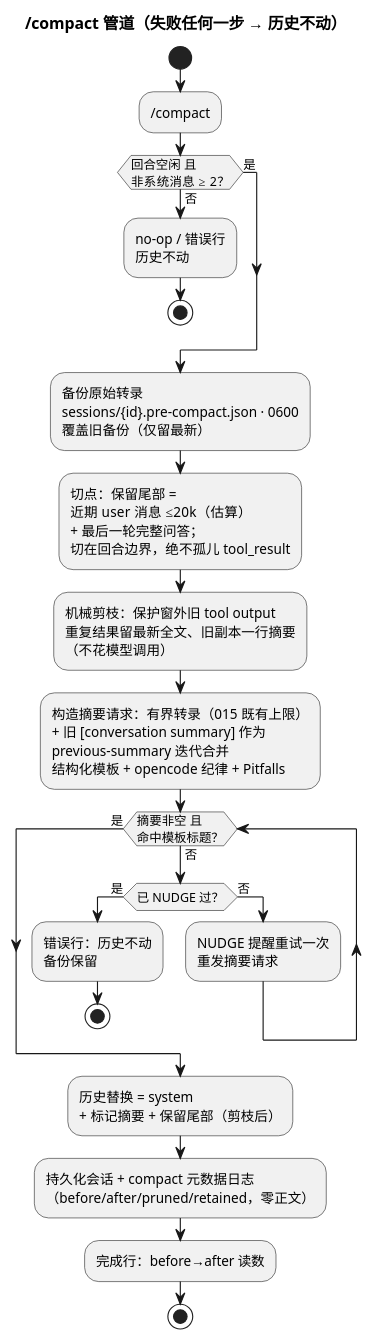
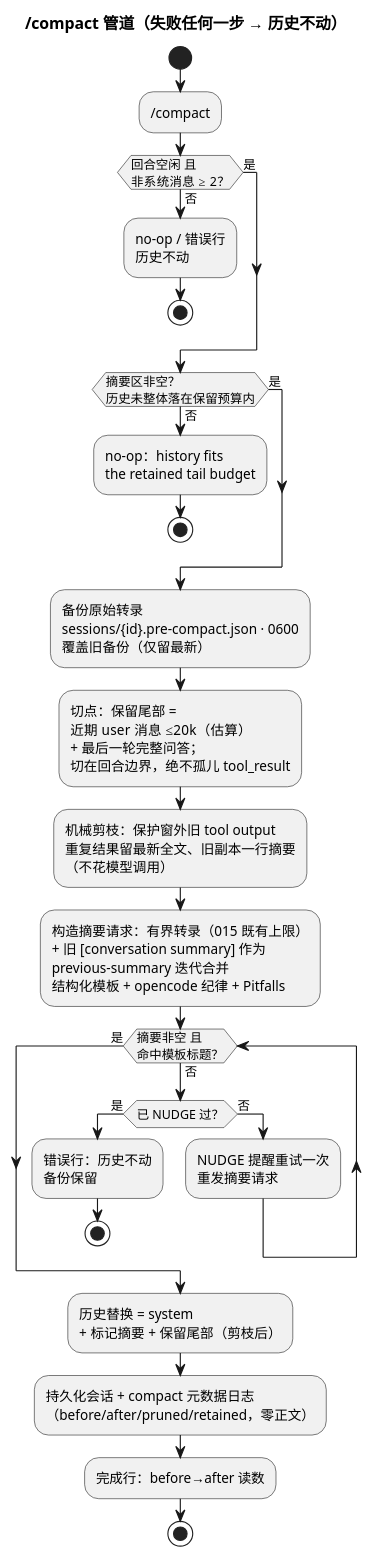
Before and after one commit to Lethe-cc/mini-agent: the second of 3 diagrams in docs/design/017-context-management.md, drawn with PlantUML. The commit also changed other lines of this file and 17 other files, not shown here.

````diff
--- a/docs/design/017-context-management.md
+++ b/docs/design/017-context-management.md
@@ -62,29 +62,34 @@
 ```plantuml
 @startuml compact-pipeline
 title /compact 管道（失败任何一步 → 历史不动）
 
 start
 :/compact;
 if (回合空闲 且\n非系统消息 ≥ 2？) then (是)
 else (否)
   :no-op / 错误行\n历史不动;
+  stop
+endif
+if (摘要区非空？\n历史未整体落在保留预算内) then (是)
+else (否)
+  :no-op：history fits\nthe retained tail budget;
   stop
 endif
 :备份原始转录\nsessions/{id}.pre-compact.json · 0600\n覆盖旧备份（仅留最新）;
 :切点：保留尾部 =\n近期 user 消息 ≤20k（估算）\n+ 最后一轮完整问答；\n切在回合边界，绝不孤儿 tool_result;
 :机械剪枝：保护窗外旧 tool output\n重复结果留最新全文、旧副本一行摘要\n（不花模型调用）;
 :构造摘要请求：有界转录（015 既有上限）\n+ 旧 [conversation summary] 作为\nprevious-summary 迭代合并\n结构化模板 + opencode 纪律 + Pitfalls;
 while (摘要非空 且\n命中模板标题？) is (否)
   if (已 NUDGE 过？) then (是)
     :错误行：历史不动\n备份保留;
     stop
   else (否)
     :NUDGE 提醒重试一次\n重发摘要请求;
   endif
 endwhile (是)
 :历史替换 = system\n+ 标记摘要 + 保留尾部（剪枝后）;
 :持久化会话 + compact 元数据日志\n（before/after/pruned/retained，零正文）;
 :完成行：before→after 读数;
 stop
 @enduml
 ```
````
